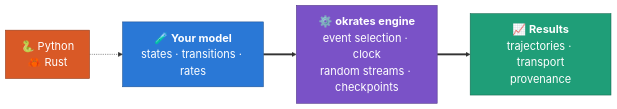
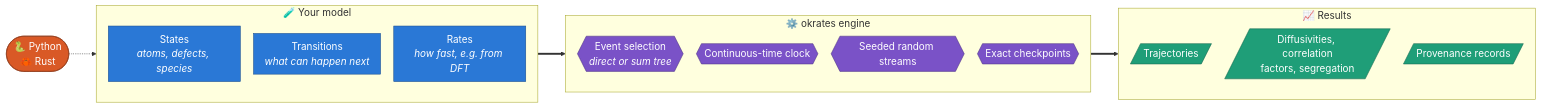
One commit to vzordillo/okrates changed the first of 2 diagrams in README.md. Above: the diagram before and after it, drawn with Mermaid. The commit also changed other lines of this file, not shown here.

Commit message:
README: balance the diagrams (detailed horizontal architecture, compact step loop)

````diff
--- a/README.md
+++ b/README.md
@@ -39,17 +39,33 @@
 ```mermaid
-%%{init: {"themeVariables": {"fontSize": "20px"}, "flowchart": {"nodeSpacing": 40, "rankSpacing": 60, "padding": 14, "htmlLabels": true}}}%%
+%%{init: {"themeVariables": {"fontSize": "18px"}, "flowchart": {"nodeSpacing": 24, "rankSpacing": 50, "padding": 10}}}%%
 flowchart LR
-    lang["🐍 Python<br>🦀 Rust"]
-    model["🧪 <b>Your model</b><br>states · transitions · rates"]
-    engine["⚙️ <b>okrates engine</b><br>event selection · clock<br>random streams · checkpoints"]
-    out["📈 <b>Results</b><br>trajectories · transport<br>provenance"]
+    lang(["🐍 Python<br>🦀 Rust"])
+    subgraph model["🧪 Your model"]
+        direction TB
+        states["States<br><i>atoms, defects, species</i>"]
+        moves["Transitions<br><i>what can happen next</i>"]
+        rates["Rates<br><i>how fast, e.g. from DFT</i>"]
+    end
+    subgraph engine["⚙️ okrates engine"]
+        direction TB
+        pick{{"Event selection<br><i>direct or sum tree</i>"}}
+        clock{{"Continuous-time clock"}}
+        rng{{"Seeded random streams"}}
+        ckpt{{"Exact checkpoints"}}
+    end
+    subgraph out["📈 Results"]
+        direction TB
+        traj[/"Trajectories"/]
+        transport[/"Diffusivities, correlation<br>factors, segregation"/]
+        prov[/"Provenance records"/]
+    end
     lang -.-> model ==> engine ==> out
     classDef lang fill:#d95926,stroke:#8f3a18,color:#ffffff
     classDef model fill:#2a78d6,stroke:#1b4f8f,color:#ffffff
     classDef engine fill:#7a52c7,stroke:#4d3285,color:#ffffff
     classDef result fill:#1f9e78,stroke:#13664d,color:#ffffff
     class lang lang
-    class model model
-    class engine engine
-    class out result
+    class states,moves,rates model
+    class pick,clock,rng,ckpt engine
+    class traj,transport,prov result
 ```
````
